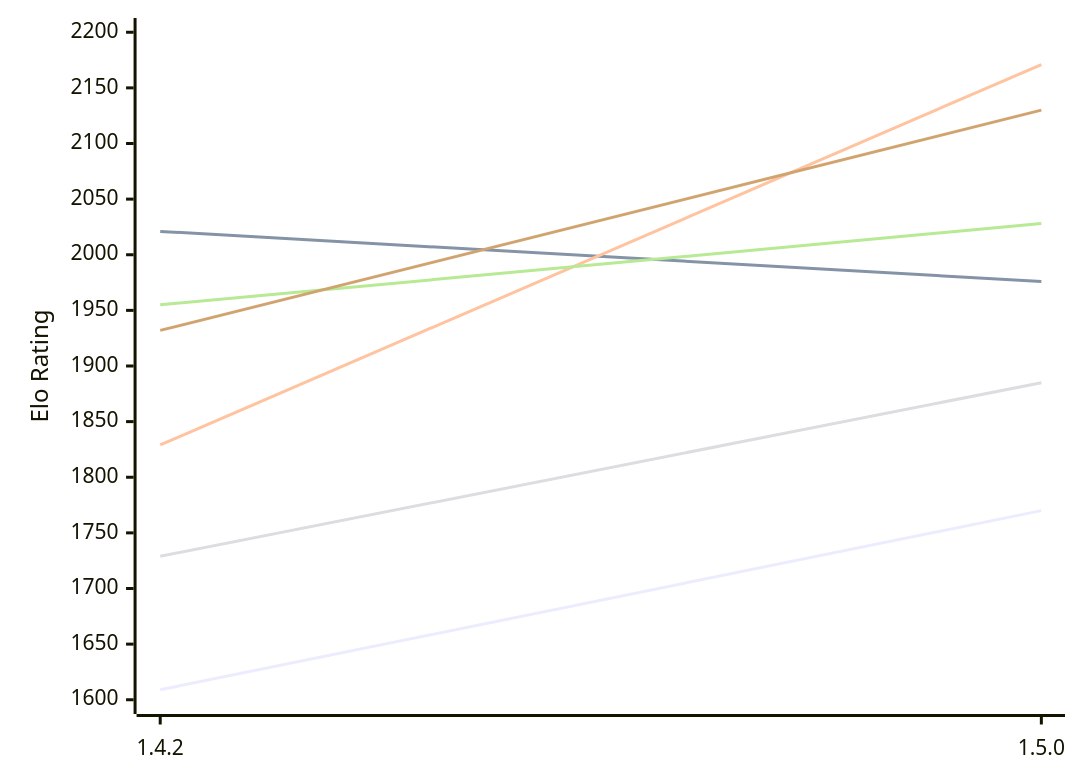
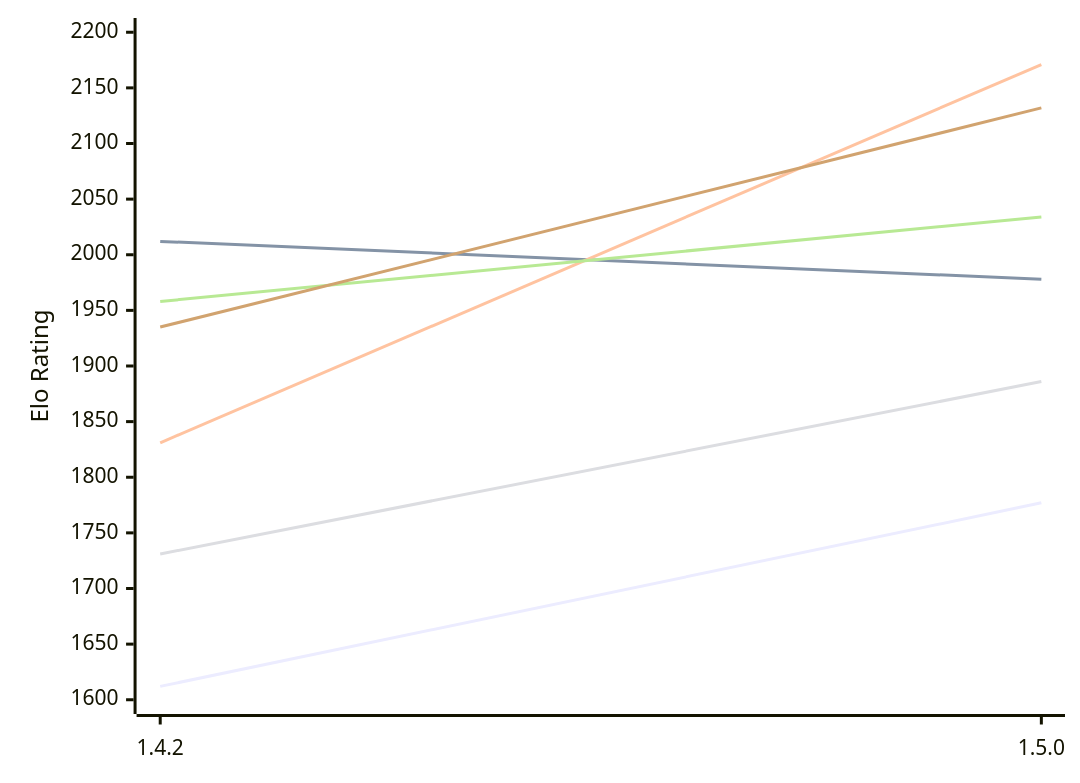
The first of 2 diagrams in engines/Zeppelin.md (computer-chess-index/cci), drawn with Mermaid before and after one commit. The commit also changed other lines of this file, not shown here.

Commit message:
Update CCI Ratings (ELO VLTC) - 2026-11-24

````diff
--- a/engines/Zeppelin.md
+++ b/engines/Zeppelin.md
@@ -57,12 +57,12 @@
 ```mermaid
 %%{init: {"theme":"base","themeVariables":{"seriesColors:['#a3a3a3','#222221','#faa371']}}}%%
 xychart-beta
   x-axis ["1.4.2", "1.5.0"]
   y-axis "Elo Rating" 1600 --> 2200
-  line "E1: STC (8.0+0.08s)" [1609, 1770]
-  line "E1: LTC (60.0+0.60s)" [2021, 1976]
-  line "E1: VLTC (2m24s+1.12s)" [1829, 2171]
-  line "P1: STC (8.0+0.08s)" [1729, 1885]
-  line "P1: LTC (60.0+0.60s)" [1955, 2028]
-  line "P1: VLTC (2m24s+1.12s)" [1932, 2130]
+  line "E1: STC (8.0+0.08s)" [1612, 1777]
+  line "E1: LTC (60.0+0.60s)" [2012, 1978]
+  line "E1: VLTC (2m24s+1.12s)" [1831, 2171]
+  line "P1: STC (8.0+0.08s)" [1731, 1886]
+  line "P1: LTC (60.0+0.60s)" [1958, 2034]
+  line "P1: VLTC (2m24s+1.12s)" [1935, 2132]
 ```
````
